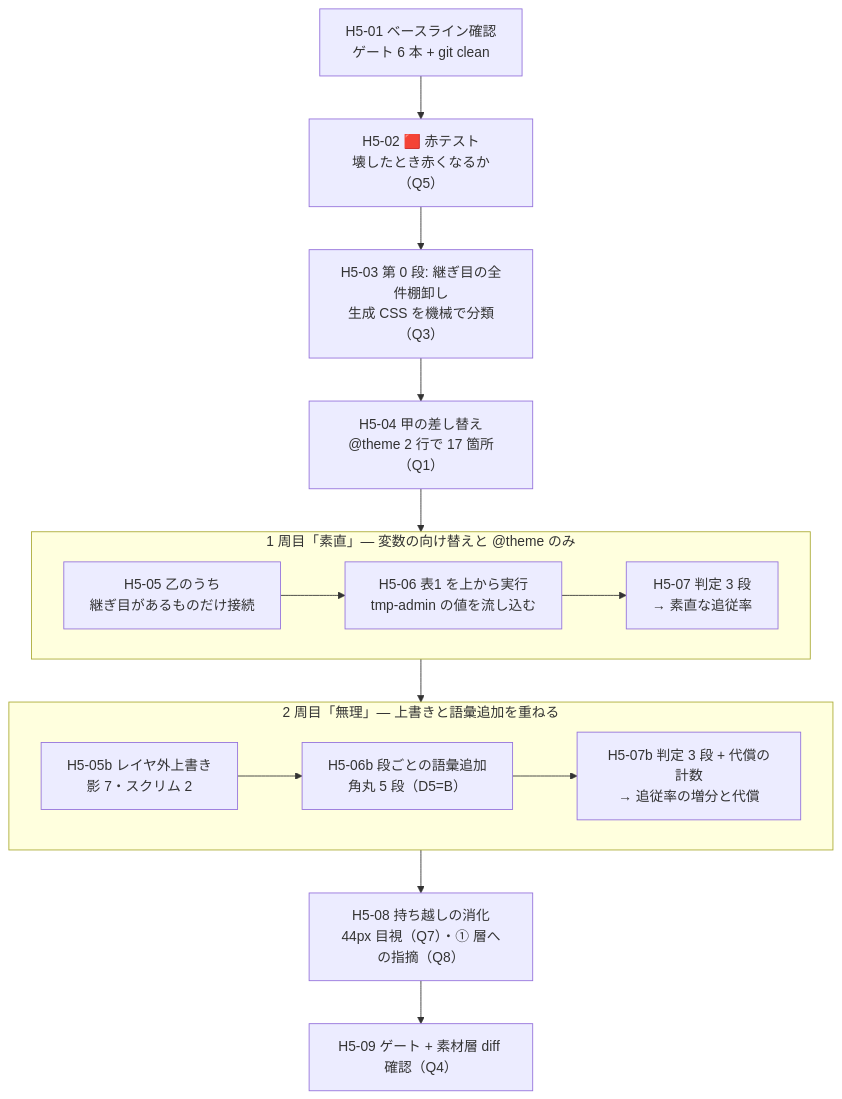
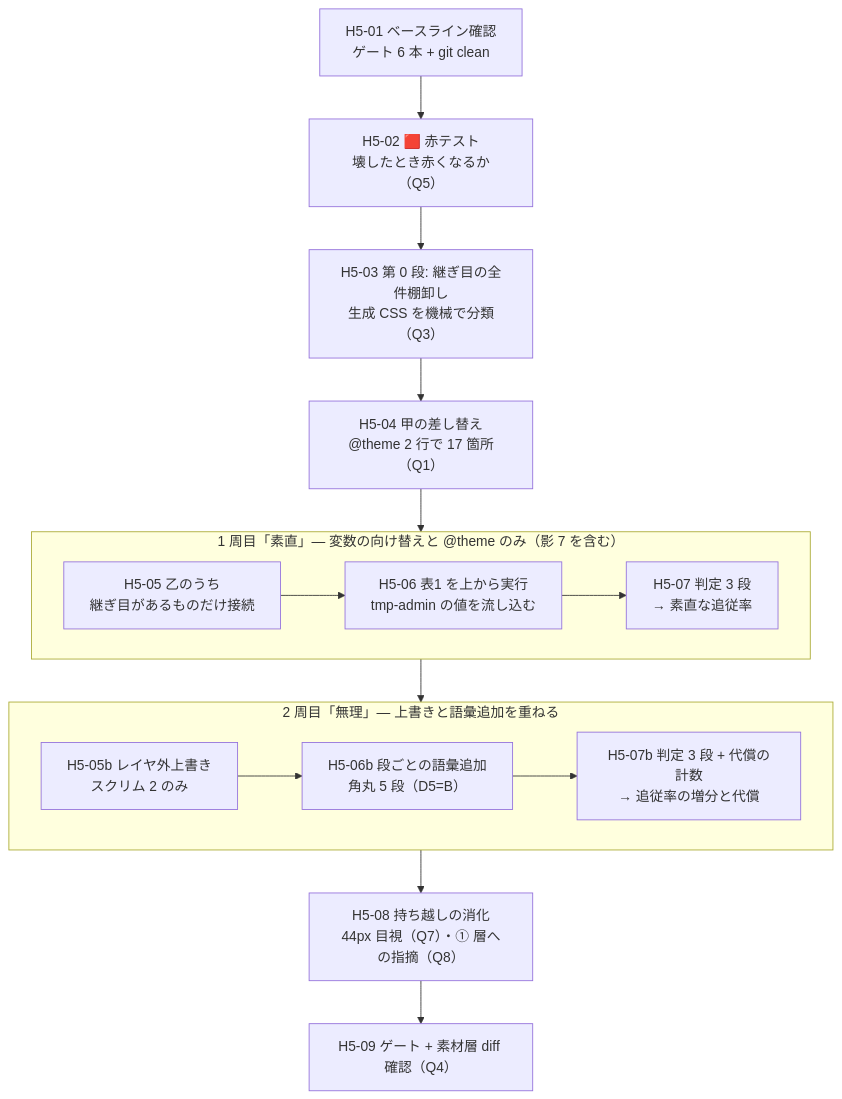
One commit to yatami0/design changed the diagram in docs/手順/手5_トークン差し替え実験.md. Above: the diagram before and after it, drawn with Mermaid. The commit also changed other lines of this file and 4 other files, not shown here.

````diff
--- a/docs/手順/手5_トークン差し替え実験.md
+++ b/docs/手順/手5_トークン差し替え実験.md
@@ -133,23 +132,23 @@
 ```mermaid
 flowchart TD
   A["H5-01 ベースライン確認<br/>ゲート 6 本 + git clean"] --> B["H5-02 🟥 赤テスト<br/>壊したとき赤くなるか（Q5）"]
   B --> C["H5-03 第 0 段: 継ぎ目の全件棚卸し<br/>生成 CSS を機械で分類（Q3）"]
   C --> D["H5-04 甲の差し替え<br/>@theme 2 行で 17 箇所（Q1）"]
 
   D --> R1
 
-  subgraph R1["1 周目「素直」— 変数の向け替えと @theme のみ"]
+  subgraph R1["1 周目「素直」— 変数の向け替えと @theme のみ（影 7 を含む）"]
     E1["H5-05 乙のうち<br/>継ぎ目があるものだけ接続"] --> F1["H5-06 表1 を上から実行<br/>tmp-admin の値を流し込む"]
     F1 --> G1["H5-07 判定 3 段<br/>→ 素直な追従率"]
   end
 
   R1 --> R2
 
   subgraph R2["2 周目「無理」— 上書きと語彙追加を重ねる"]
-    E2["H5-05b レイヤ外上書き<br/>影 7・スクリム 2"] --> F2["H5-06b 段ごとの語彙追加<br/>角丸 5 段（D5=B）"]
+    E2["H5-05b レイヤ外上書き<br/>スクリム 2 のみ"] --> F2["H5-06b 段ごとの語彙追加<br/>角丸 5 段（D5=B）"]
     F2 --> G2["H5-07b 判定 3 段 + 代償の計数<br/>→ 追従率の増分と代償"]
   end
 
   R2 --> H["H5-08 持ち越しの消化<br/>44px 目視（Q7）・① 層への指摘（Q8）"]
   H --> I["H5-09 ゲート + 素材層 diff 確認（Q4）"]
 ```
````
